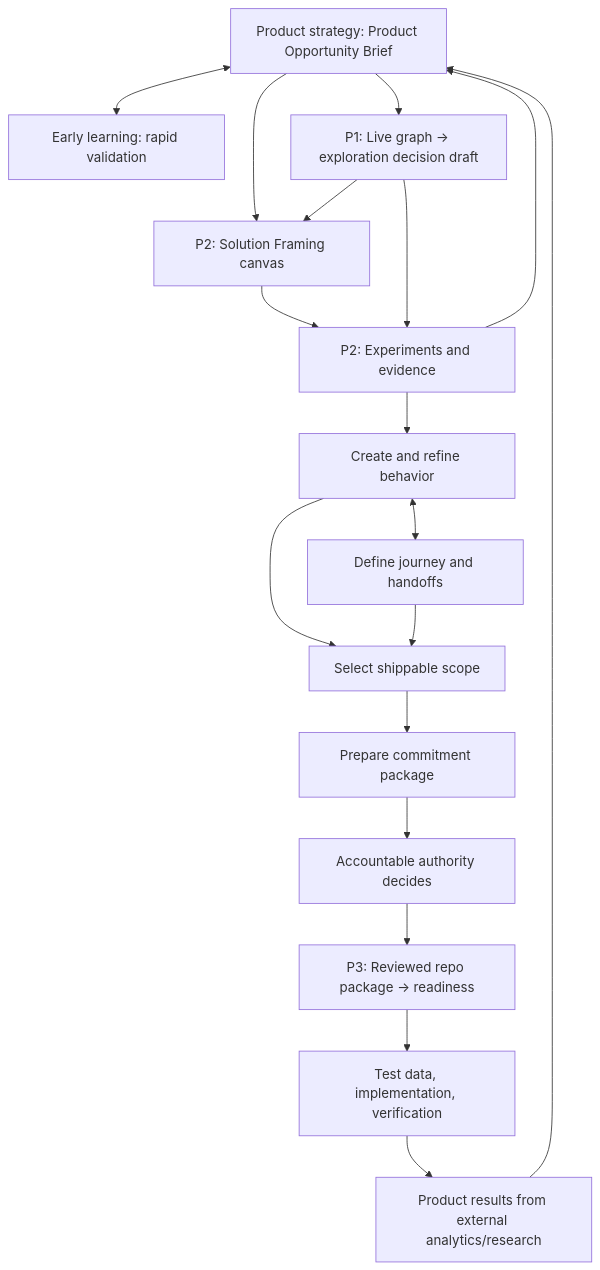
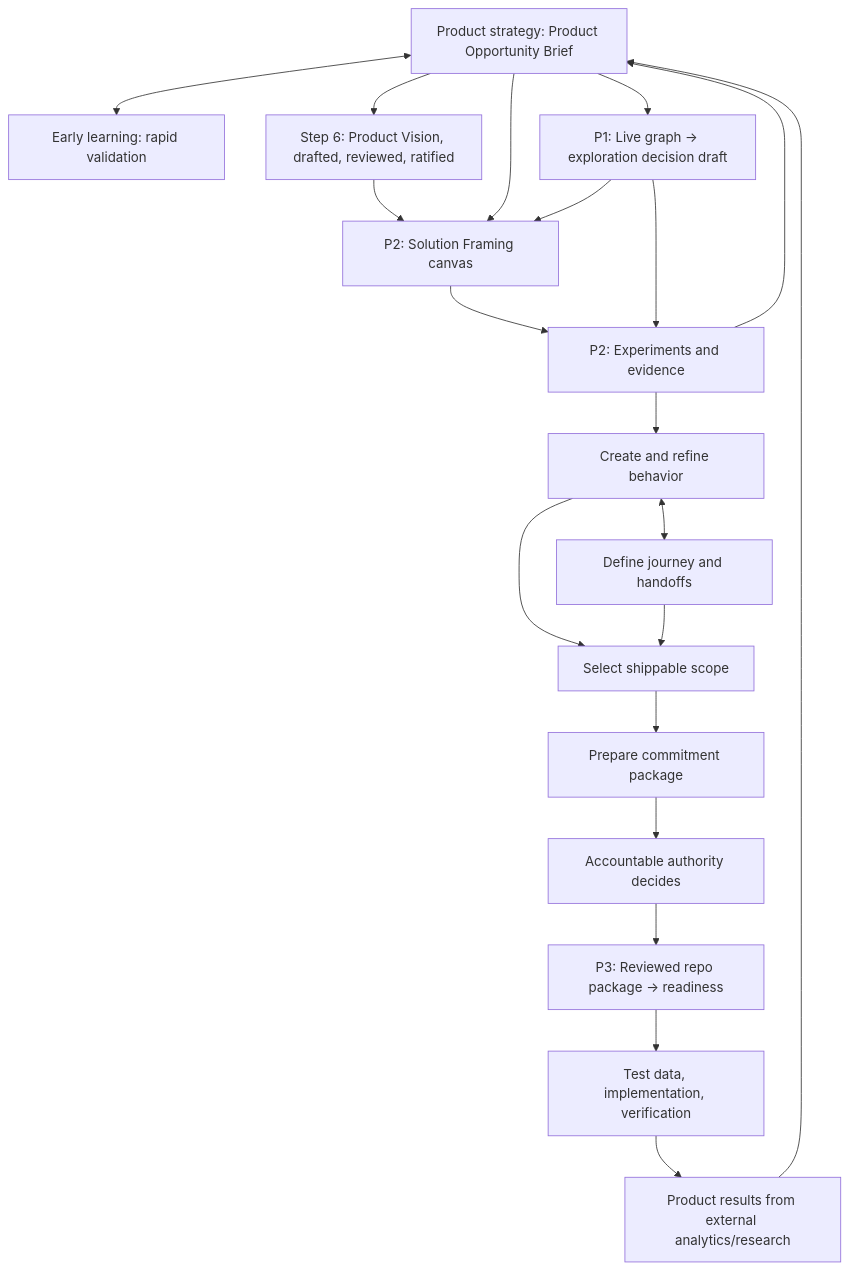
One commit to Accelerated-Innovation/aipos-plugins changed the diagram in docs/workflow.md. Above: the diagram before and after it, drawn with Mermaid. The commit also changed other lines of this file and 31 other files, not shown here.

First line of the commit message:
Add aipos-product-vision, the PMLC Step 6 skill (#48)

````diff
--- a/docs/workflow.md
+++ b/docs/workflow.md
@@ -7,20 +7,22 @@
 ```mermaid
 flowchart TD
     PS["Product strategy: Product Opportunity Brief"] <--> L["Early learning: rapid validation"]
     PS --> P["P1: Live graph → exploration decision draft"]
-    PS --> SD["P2: Solution Framing canvas"]
+    PS --> PV["Step 6: Product Vision, drafted, reviewed, ratified"]
+    PV --> SD["P2: Solution Framing canvas"]
+    PS --> SD
     P --> SD
     SD --> V["P2: Experiments and evidence"]
     P --> V
     V --> B["Create and refine behavior"]
     B <--> J["Define journey and handoffs"]
     B --> S["Select shippable scope"]
     J --> S
     S --> C["Prepare commitment package"]
     C --> A["Accountable authority decides"]
     A --> R["P3: Reviewed repo package → readiness"]
     R --> D["Test data, implementation, verification"]
     V --> PS
     D --> O["Product results from external analytics/research"]
     O --> PS
 ```
````
